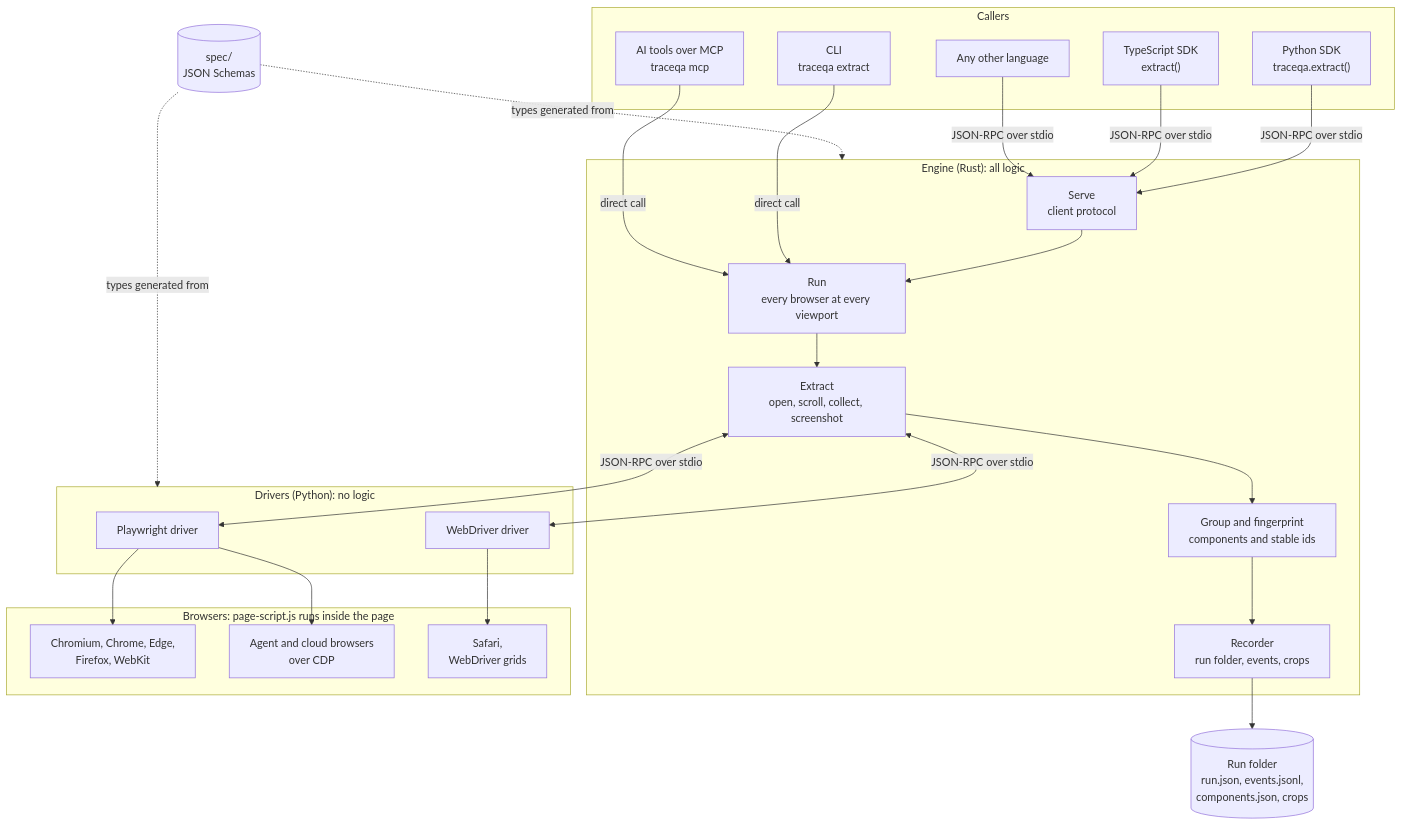
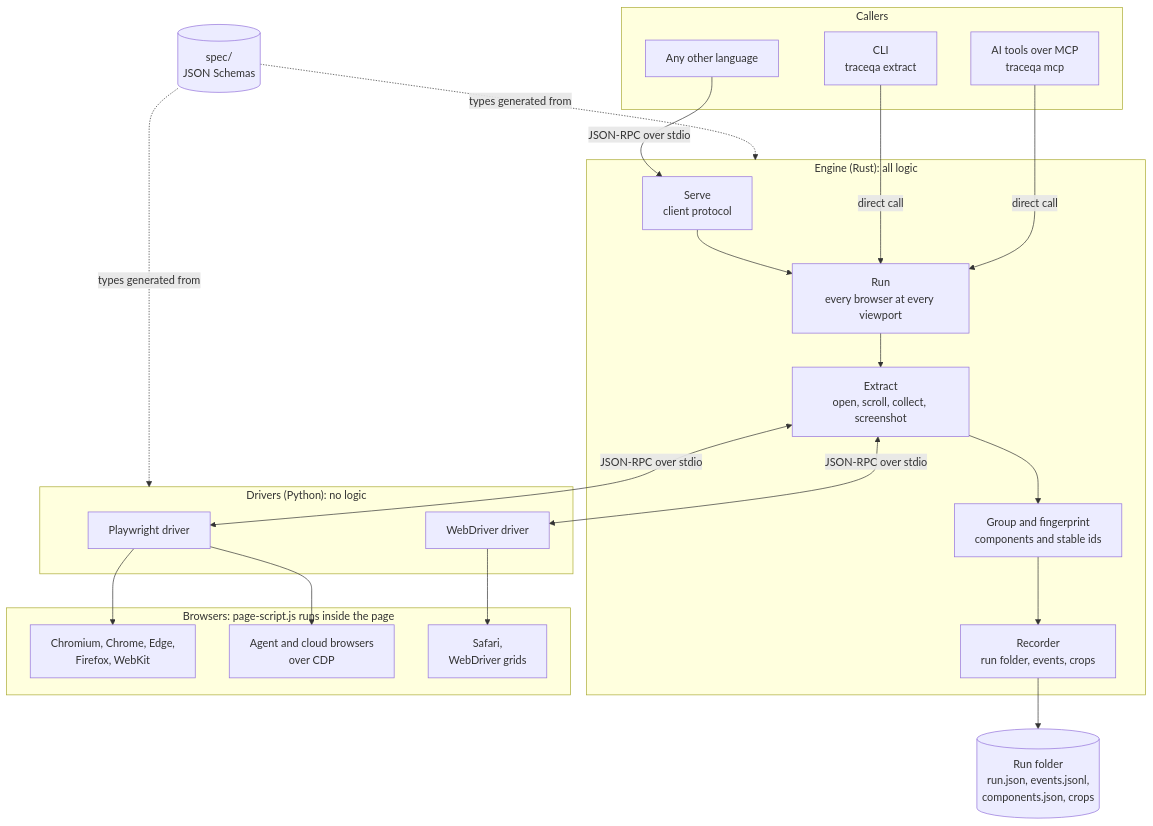
The diagram in docs/architecture.md (thearpankumar/TraceQA), drawn with Mermaid before and after one commit. The commit also changed other lines of this file and 48 other files, not shown here.

First line of the commit message:
chore: remove the Python and TypeScript SDKs

````diff
--- a/docs/architecture.md
+++ b/docs/architecture.md
@@ -7,47 +7,43 @@
 ```mermaid
 flowchart TB
     subgraph callers["Callers"]
         cli["CLI<br/>traceqa extract"]
-        py["Python SDK<br/>traceqa.extract()"]
-        ts["TypeScript SDK<br/>extract()"]
         ai["AI tools over MCP<br/>traceqa mcp"]
         other["Any other language"]
     end
 
     subgraph engine["Engine (Rust): all logic"]
         serve["Serve<br/>client protocol"]
         run["Run<br/>every browser at every viewport"]
         extract["Extract<br/>open, scroll, collect, screenshot"]
         group["Group and fingerprint<br/>components and stable ids"]
         recorder["Recorder<br/>run folder, events, crops"]
         serve --> run --> extract --> group --> recorder
     end
 
     subgraph drivers["Drivers (Python): no logic"]
         pw["Playwright driver"]
         wd["WebDriver driver"]
     end
 
     subgraph browsers["Browsers: page-script.js runs inside the page"]
         b1["Chromium, Chrome, Edge,<br/>Firefox, WebKit"]
         b2["Agent and cloud browsers<br/>over CDP"]
         b3["Safari,<br/>WebDriver grids"]
     end
 
     spec[("spec/<br/>JSON Schemas")]
     out[("Run folder<br/>run.json, events.jsonl,<br/>components.json, crops")]
 
     cli -->|direct call| run
     ai -->|direct call| run
-    py -->|JSON-RPC over stdio| serve
-    ts -->|JSON-RPC over stdio| serve
     other -->|JSON-RPC over stdio| serve
     extract <-->|JSON-RPC over stdio| pw
     extract <-->|JSON-RPC over stdio| wd
     pw --> b1
     pw --> b2
     wd --> b3
     recorder --> out
     spec -.->|types generated from| engine
     spec -.->|types generated from| drivers
 ```
````
